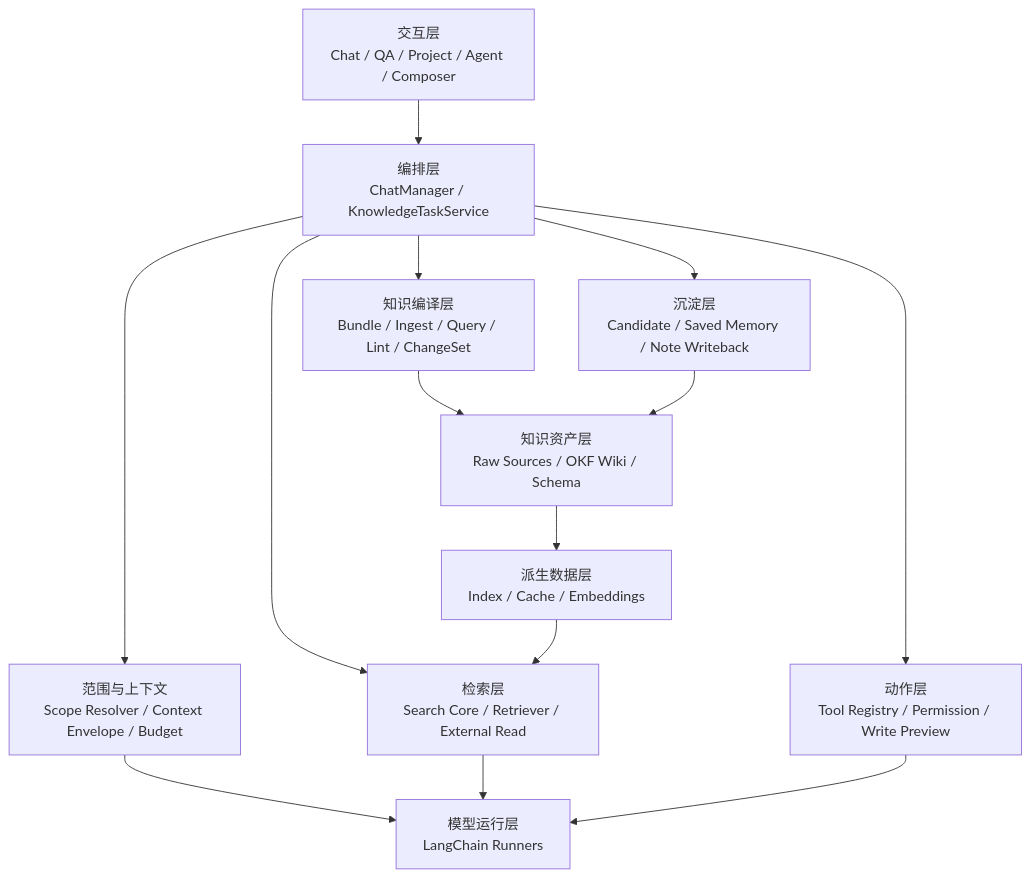
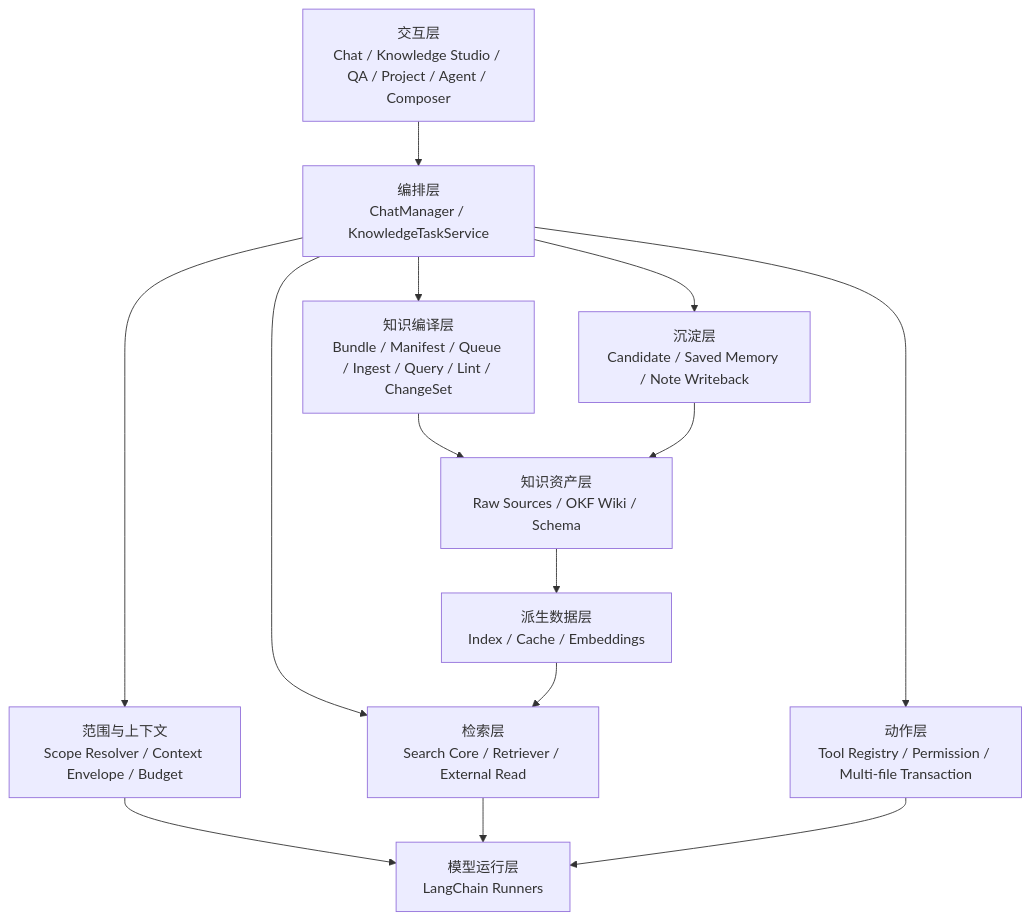
Before and after one commit to yydspanda/obsidian-copilot: the second of 2 diagrams in designdocs/PERSONAL_KNOWLEDGE_AGENT_SOLUTION.md, drawn with Mermaid. The commit also changed other lines of this file and 3 other files, not shown here.

````diff
--- a/designdocs/PERSONAL_KNOWLEDGE_AGENT_SOLUTION.md
+++ b/designdocs/PERSONAL_KNOWLEDGE_AGENT_SOLUTION.md
@@ -270,16 +283,16 @@
 ```mermaid
 flowchart TB
-    UI[交互层<br/>Chat / QA / Project / Agent / Composer] --> ORCH[编排层<br/>ChatManager / KnowledgeTaskService]
+    UI[交互层<br/>Chat / Knowledge Studio / QA / Project / Agent / Composer] --> ORCH[编排层<br/>ChatManager / KnowledgeTaskService]
     ORCH --> SCOPE[范围与上下文<br/>Scope Resolver / Context Envelope / Budget]
     ORCH --> RETRIEVE[检索层<br/>Search Core / Retriever / External Read]
-    ORCH --> ACTION[动作层<br/>Tool Registry / Permission / Write Preview]
-    ORCH --> BUNDLE[知识编译层<br/>Bundle / Ingest / Query / Lint / ChangeSet]
+    ORCH --> ACTION[动作层<br/>Tool Registry / Permission / Multi-file Transaction]
+    ORCH --> BUNDLE[知识编译层<br/>Bundle / Manifest / Queue / Ingest / Query / Lint / ChangeSet]
     ORCH --> MEMORY[沉淀层<br/>Candidate / Saved Memory / Note Writeback]
     SCOPE --> RUNTIME[模型运行层<br/>LangChain Runners]
     RETRIEVE --> RUNTIME
     ACTION --> RUNTIME
     BUNDLE --> VAULT[知识资产层<br/>Raw Sources / OKF Wiki / Schema]
     MEMORY --> VAULT
     VAULT --> INDEX[派生数据层<br/>Index / Cache / Embeddings]
     INDEX --> RETRIEVE
 ```
````
